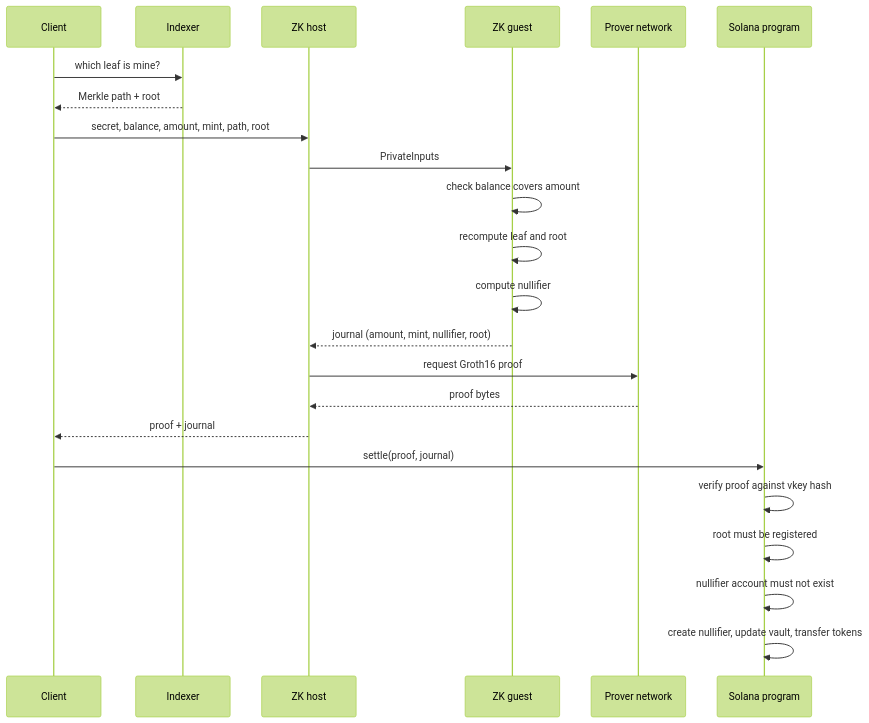
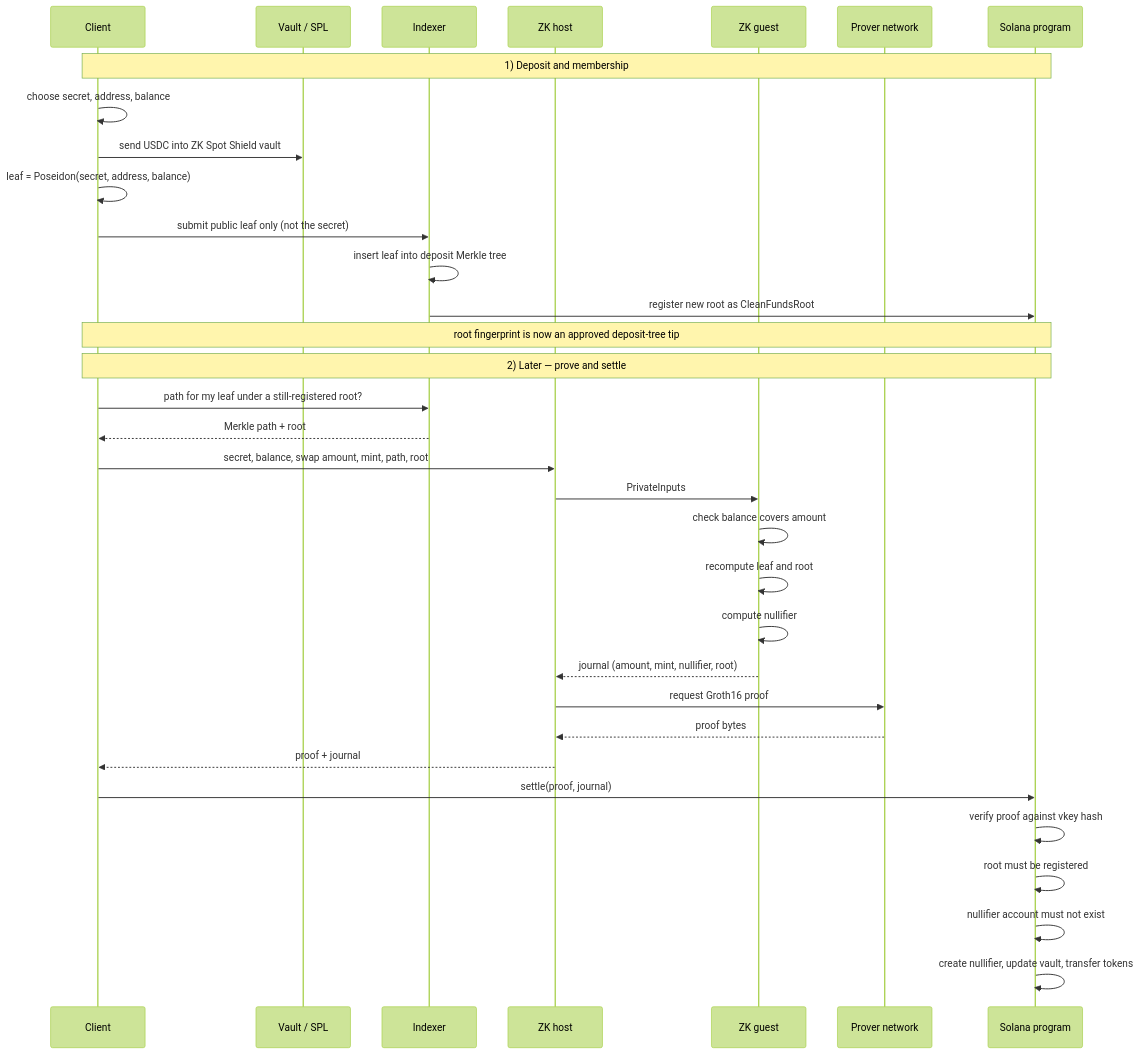
Before and after one commit to pprogrammingg/zk-spot-shield: the second of 3 diagrams in docs/architecture.md, drawn with Mermaid (forest theme). The commit also changed other lines of this file and 8 other files, not shown here.

````diff
--- a/docs/architecture.md
+++ b/docs/architecture.md
@@ -56,26 +58,37 @@
 ```mermaid
 sequenceDiagram
     participant U as Client
+    participant V as Vault / SPL
     participant I as Indexer
     participant H as ZK host
     participant G as ZK guest
     participant P as Prover network
     participant S as Solana program
 
-    U->>I: which leaf is mine?
+    Note over U,S: 1) Deposit and membership
+    U->>U: choose secret, address, balance
+    U->>V: send USDC into ZK Spot Shield vault
+    U->>U: leaf = Poseidon(secret, address, balance)
+    U->>I: submit public leaf only (not the secret)
+    I->>I: insert leaf into deposit Merkle tree
+    I->>S: register new root as CleanFundsRoot
+    Note over U,S: root fingerprint is now an approved deposit-tree tip
+
+    Note over U,S: 2) Later — prove and settle
+    U->>I: path for my leaf under a still-registered root?
     I-->>U: Merkle path + root
-    U->>H: secret, balance, amount, mint, path, root
+    U->>H: secret, balance, swap amount, mint, path, root
     H->>G: PrivateInputs
     G->>G: check balance covers amount
     G->>G: recompute leaf and root
     G->>G: compute nullifier
     G-->>H: journal (amount, mint, nullifier, root)
     H->>P: request Groth16 proof
     P-->>H: proof bytes
     H-->>U: proof + journal
     U->>S: settle(proof, journal)
     S->>S: verify proof against vkey hash
     S->>S: root must be registered
     S->>S: nullifier account must not exist
     S->>S: create nullifier, update vault, transfer tokens
 ```
````
